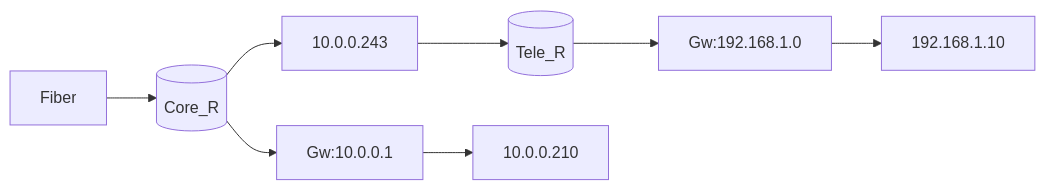
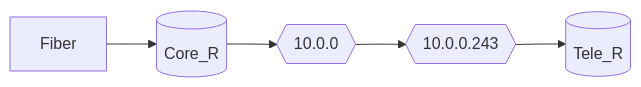
The second of 2 diagrams in Topology.md (notkasim/DOCS), drawn with Mermaid before and after one commit. The commit also changed 1 other file, not shown here.

````diff
--- a/Topology.md
+++ b/Topology.md
@@ -19,9 +18,14 @@
 ```mermaid
 graph LR;
     core[(Core_R)]
     tele2[(Tele_R)]
-    Fiber-->core;
-    core-->Gw:10.0.0.1-->10.0.0.210
-    core-->10.0.0.243-->tele2
-    tele2-->Gw:192.168.1.0-->192.168.1.10
+    core_link{{10.0.0}}
+    tele_link{{10.0.0.243}}
+    
+    Fiber-->core
+    core-->core_link
+    core_link-->tele_link
+    tele_link-->tele2
+
+
 ```
````
